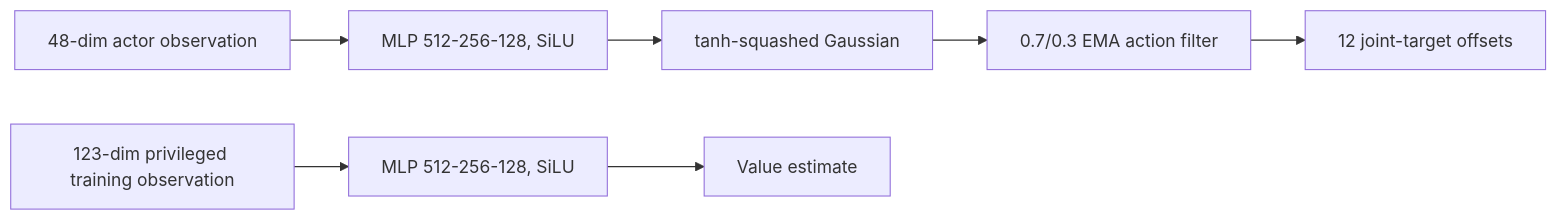
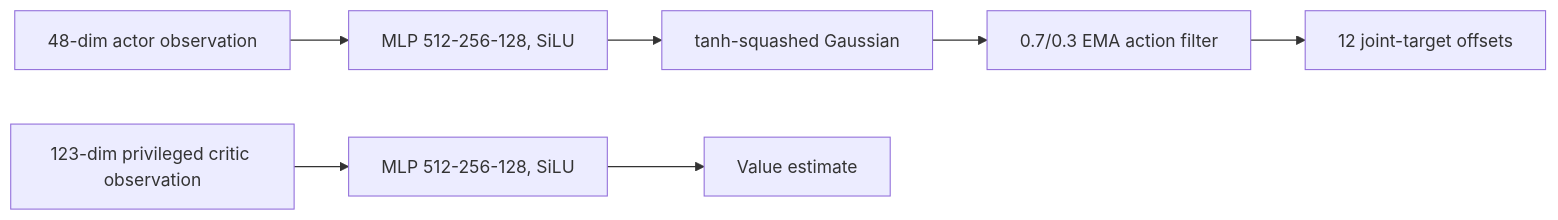
The diagram in write-up/submission.md (deepcode-dev/rl-launchpad), drawn with Mermaid before and after one commit. The commit also changed other lines of this file and 54 other files, not shown here.

````diff
--- a/write-up/submission.md
+++ b/write-up/submission.md
@@ -9,9 +12,9 @@
 ```mermaid
 graph LR
   O[48-dim actor observation] --> A[MLP 512-256-128, SiLU]
   A --> D[tanh-squashed Gaussian]
   D --> F[0.7/0.3 EMA action filter]
   F --> U[12 joint-target offsets]
-  P[123-dim privileged training observation] --> C[MLP 512-256-128, SiLU]
+  P[123-dim privileged critic observation] --> C[MLP 512-256-128, SiLU]
   C --> V[Value estimate]
 ```
````
